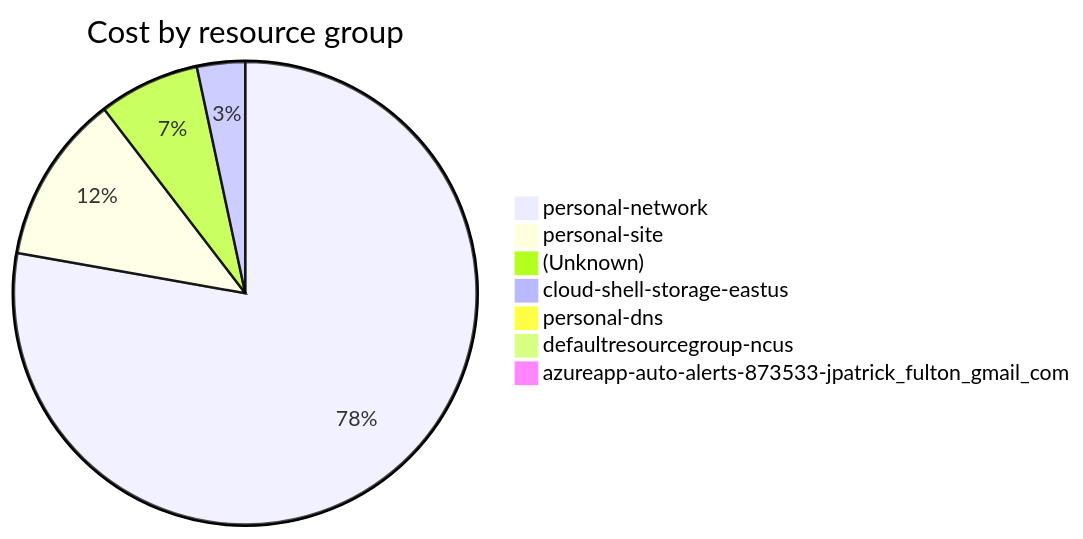
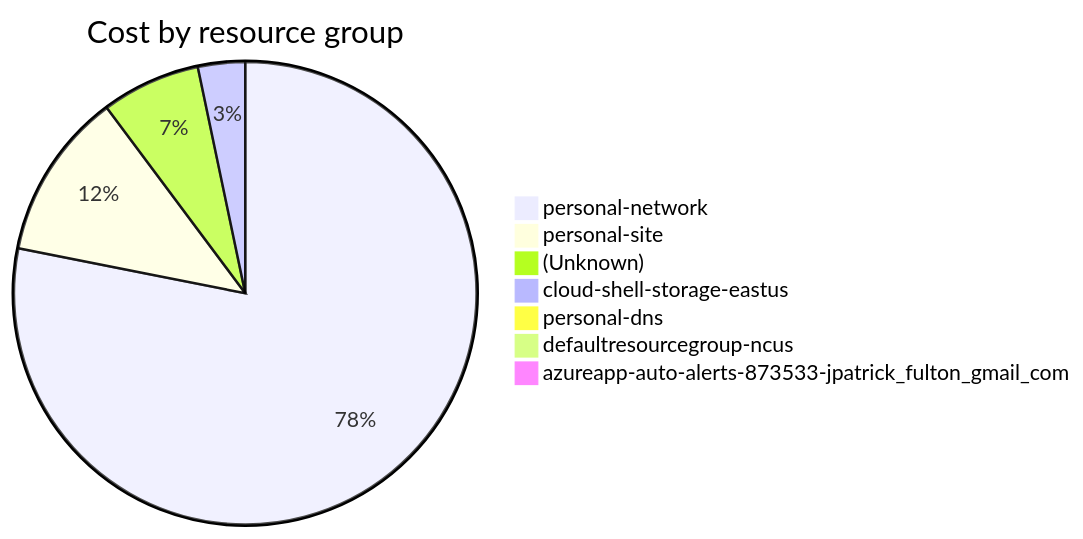
One commit to jpfulton/azure-personal-reports changed the fourth of 4 diagrams in cost-reports/accumulated-cost.md. Above: the diagram before and after it, drawn with Mermaid. The commit also changed other lines of this file and 3 other files, not shown here.

````diff
--- a/cost-reports/accumulated-cost.md
+++ b/cost-reports/accumulated-cost.md
@@ -159,11 +159,11 @@
 ```mermaid
 pie
    title Cost by resource group
-   "personal-network" : 128.33
-   "personal-site" : 19.47
+   "personal-network" : 131.49
+   "personal-site" : 19.67
    "(Unknown)" : 11.63
    "cloud-shell-storage-eastus" : 5.54
-   "personal-dns" : 0.48
+   "personal-dns" : 0.49
    "defaultresourcegroup-ncus" : 0.00
    "azureapp-auto-alerts-873533-jpatrick_fulton_gmail_com" : 0.00
 ```
````
